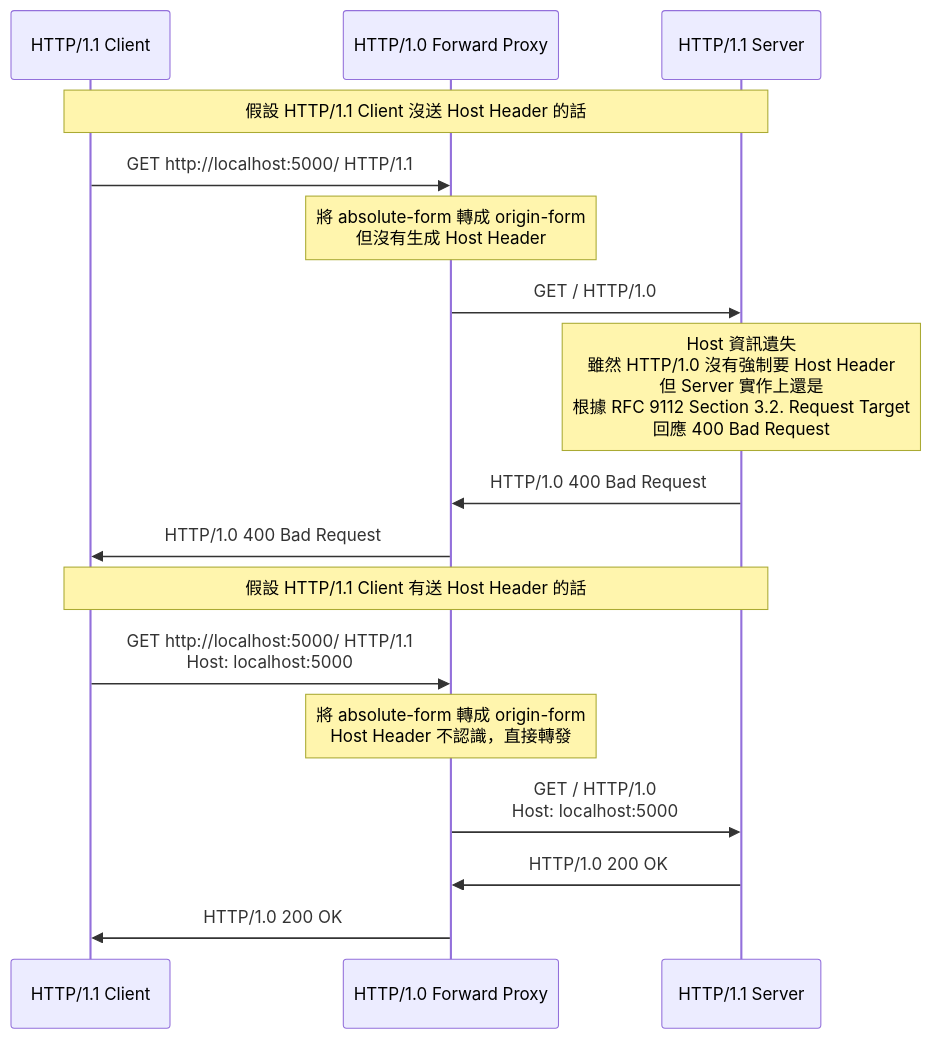
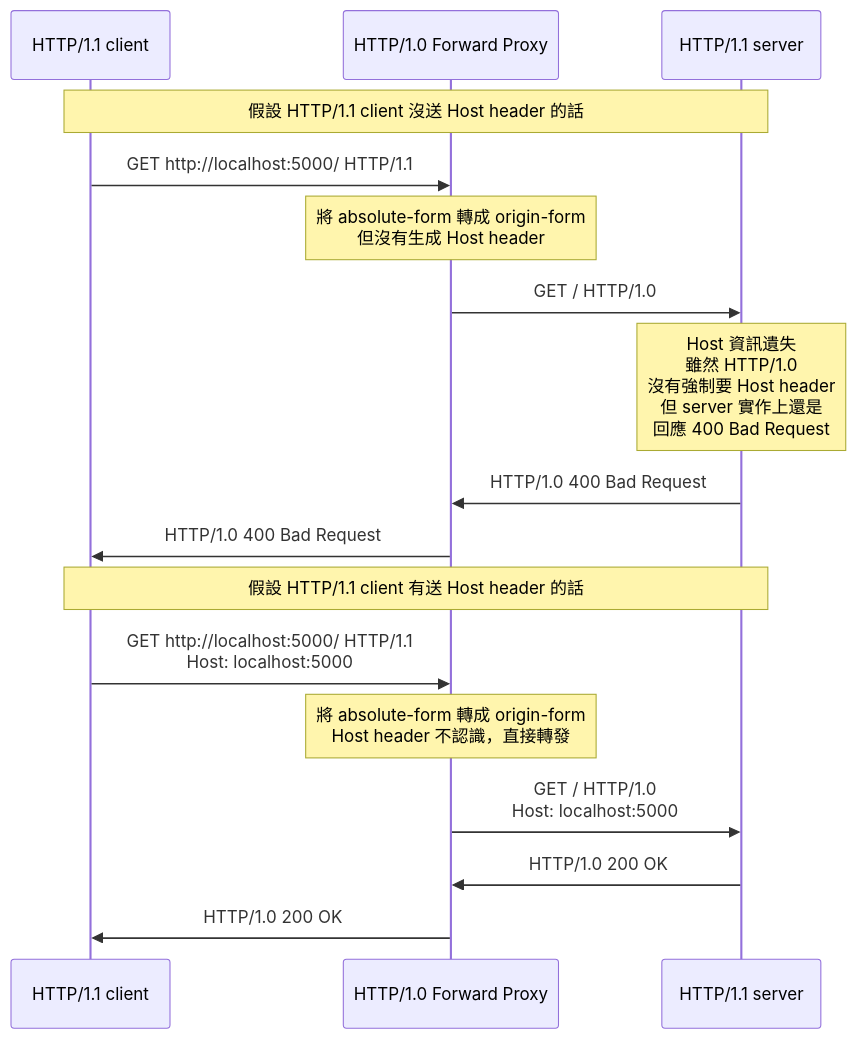
The fifth of 8 diagrams in docs/nodejs/http_proxy.md (samuel871211/yusheng-tech-blog), drawn with Mermaid before and after one commit. The commit also changed other lines of this file and 2 other files, not shown here.

Commit message:
http_proxy

````diff
--- a/docs/nodejs/http_proxy.md
+++ b/docs/nodejs/http_proxy.md
@@ -176,23 +175,23 @@
 ```mermaid
 sequenceDiagram
-  participant C as HTTP/1.1 Client
+  participant C as HTTP/1.1 client
   participant P as HTTP/1.0 Forward Proxy
-  participant S as HTTP/1.1 Server
+  participant S as HTTP/1.1 server
 
-  Note Over C, S: 假設 HTTP/1.1 Client 沒送 Host Header 的話
+  Note Over C, S: 假設 HTTP/1.1 client 沒送 Host header 的話
   C ->> P: GET http://localhost:5000/ HTTP/1.1
-  Note Over P: 將 absolute-form 轉成 origin-form<br/>但沒有生成 Host Header
+  Note Over P: 將 absolute-form 轉成 origin-form<br/>但沒有生成 Host header
   P ->> S: GET / HTTP/1.0
 
-  Note Over S: Host 資訊遺失<br/>雖然 HTTP/1.0 沒有強制要 Host Header<br/>但 Server 實作上還是<br/>根據 RFC 9112 Section 3.2. Request Target<br/>回應 400 Bad Request
+  Note Over S: Host 資訊遺失<br/>雖然 HTTP/1.0<br/>沒有強制要 Host header<br/>但 server 實作上還是<br/>回應 400 Bad Request
   S ->> P: HTTP/1.0 400 Bad Request
   P ->> C: HTTP/1.0 400 Bad Request
 
-  Note Over C, S: 假設 HTTP/1.1 Client 有送 Host Header 的話
+  Note Over C, S: 假設 HTTP/1.1 client 有送 Host header 的話
   C ->> P: GET http://localhost:5000/ HTTP/1.1<br/>Host: localhost:5000
-  Note Over P: 將 absolute-form 轉成 origin-form<br/>Host Header 不認識，直接轉發
+  Note Over P: 將 absolute-form 轉成 origin-form<br/>Host header 不認識，直接轉發
   P ->> S: GET / HTTP/1.0<br/>Host: localhost:5000
 
   S ->> P: HTTP/1.0 200 OK
   P ->> C: HTTP/1.0 200 OK
 ```
````
